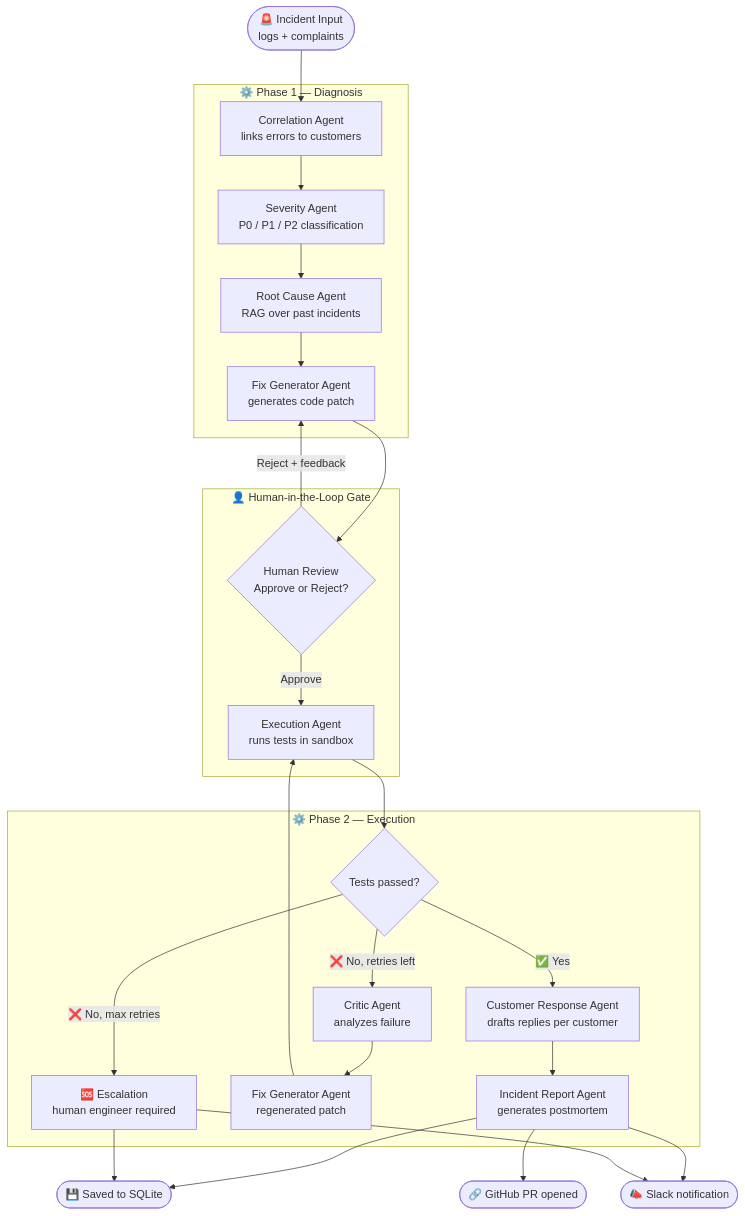
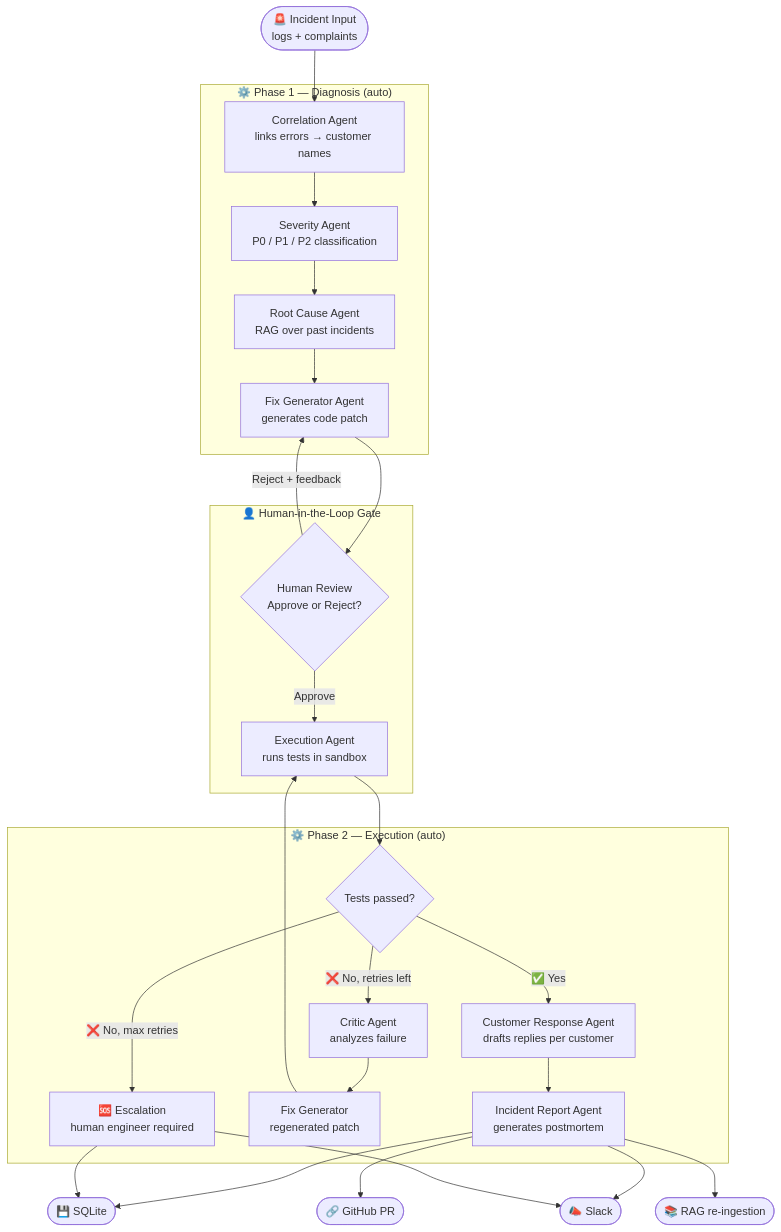
One commit to Raditya0902/multi-agent-production-incident-response-system changed the diagram in README.md. Above: the diagram before and after it, drawn with Mermaid. The commit also changed other lines of this file and 21 other files, not shown here.

````diff
--- a/README.md
+++ b/README.md
@@ -28,36 +11,37 @@
 ```mermaid
 flowchart TD
     A([🚨 Incident Input\nlogs + complaints]) --> B
 
-    subgraph Phase1["⚙️ Phase 1 — Diagnosis"]
-        B[Correlation Agent\nlinks errors to customers] --> C
+    subgraph Phase1["⚙️ Phase 1 — Diagnosis  (auto)"]
+        B[Correlation Agent\nlinks errors → customer names] --> C
         C[Severity Agent\nP0 / P1 / P2 classification] --> D
         D[Root Cause Agent\nRAG over past incidents] --> E
         E[Fix Generator Agent\ngenerates code patch]
     end
 
     E --> F
 
     subgraph HITL["👤 Human-in-the-Loop Gate"]
         F{Human Review\nApprove or Reject?}
-        F -- Reject + feedback --> E
+        F -- "Reject + feedback" --> E
         F -- Approve --> G
     end
 
-    subgraph Phase2["⚙️ Phase 2 — Execution"]
+    subgraph Phase2["⚙️ Phase 2 — Execution  (auto)"]
         G[Execution Agent\nruns tests in sandbox] --> H
         H{Tests passed?}
-        H -- ✅ Yes --> I[Customer Response Agent\ndrafts replies per customer]
-        H -- ❌ No, retries left --> J[Critic Agent\nanalyzes failure]
-        H -- ❌ No, max retries --> K[🆘 Escalation\nhuman engineer required]
-        J --> E2[Fix Generator Agent\nregenerated patch]
+        H -- "✅ Yes" --> I[Customer Response Agent\ndrafts replies per customer]
+        H -- "❌ No, retries left" --> J[Critic Agent\nanalyzes failure]
+        H -- "❌ No, max retries" --> K[🆘 Escalation\nhuman engineer required]
+        J --> E2[Fix Generator\nregenerated patch]
         E2 --> G
         I --> L[Incident Report Agent\ngenerates postmortem]
     end
 
-    L --> M([💾 Saved to SQLite])
-    L --> N([📣 Slack notification])
-    L --> O([🔗 GitHub PR opened])
+    L --> M([💾 SQLite])
+    L --> N([📣 Slack])
+    L --> O([🔗 GitHub PR])
+    L --> P([📚 RAG re-ingestion])
     K --> M
     K --> N
 ```
````
